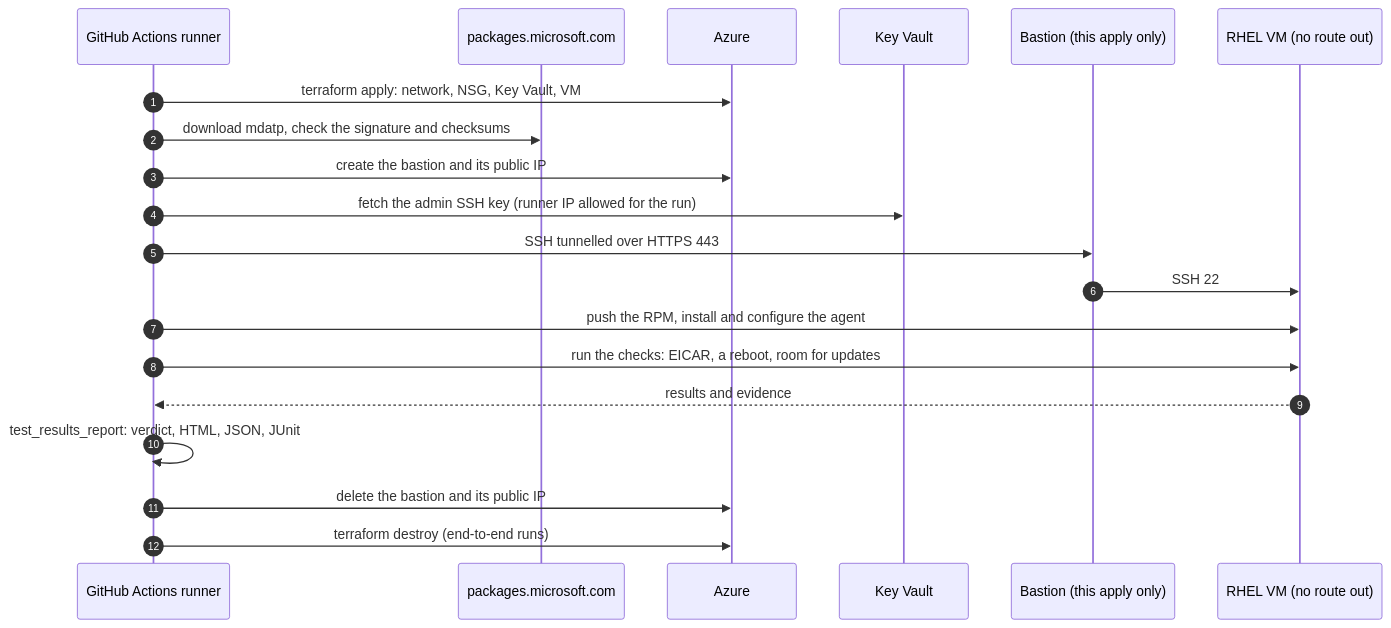
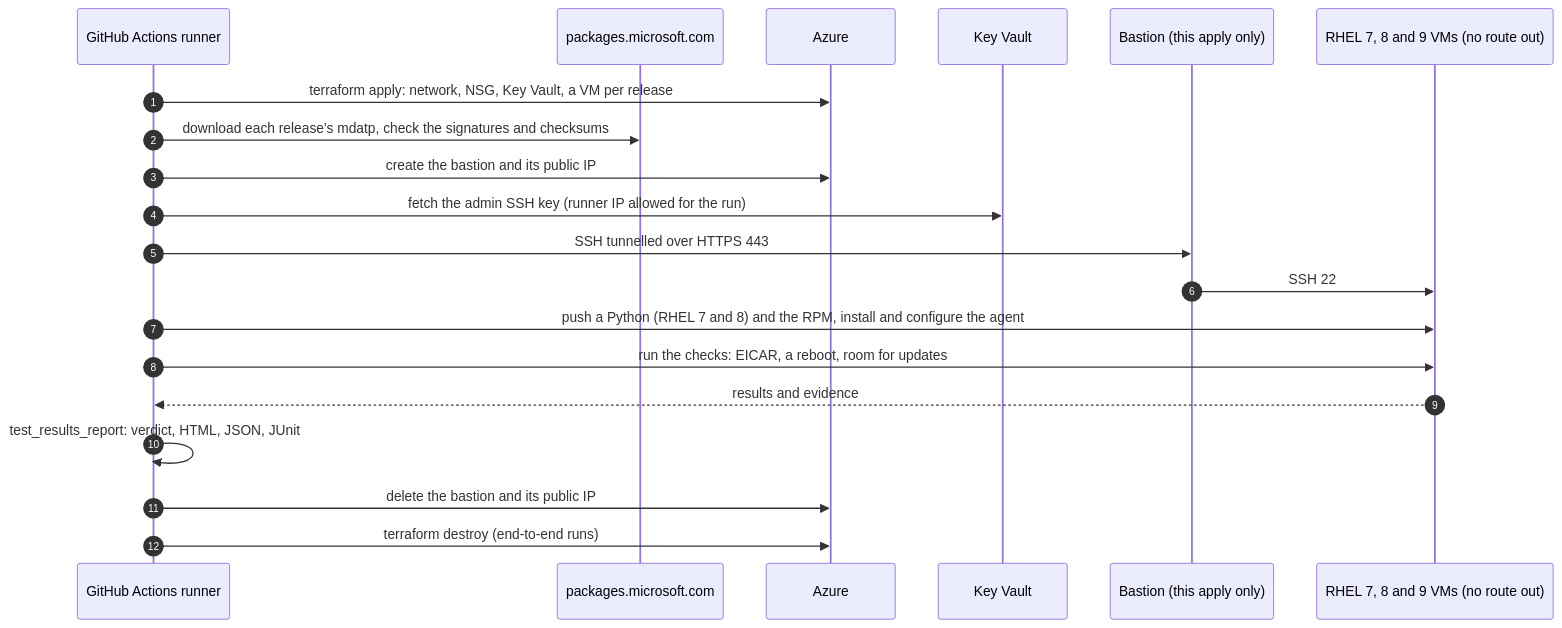
Before and after one commit to libre-devops/azure-orchestration: the second of 2 diagrams in README.md, drawn with Mermaid. The commit also changed other lines of this file and 5 other files, not shown here.

````diff
--- a/README.md
+++ b/README.md
@@ -216,23 +224,23 @@
 ```mermaid
 sequenceDiagram
     autonumber
     participant Runner as GitHub Actions runner
     participant PMC as packages.microsoft.com
     participant Azure as Azure
     participant KV as Key Vault
     participant Bastion as Bastion (this apply only)
-    participant VM as RHEL VM (no route out)
+    participant VM as RHEL 7, 8 and 9 VMs (no route out)
 
-    Runner->>Azure: terraform apply: network, NSG, Key Vault, VM
-    Runner->>PMC: download mdatp, check the signature and checksums
+    Runner->>Azure: terraform apply: network, NSG, Key Vault, a VM per release
+    Runner->>PMC: download each release's mdatp, check the signatures and checksums
     Runner->>Azure: create the bastion and its public IP
     Runner->>KV: fetch the admin SSH key (runner IP allowed for the run)
     Runner->>Bastion: SSH tunnelled over HTTPS 443
     Bastion->>VM: SSH 22
-    Runner->>VM: push the RPM, install and configure the agent
+    Runner->>VM: push a Python (RHEL 7 and 8) and the RPM, install and configure the agent
     Runner->>VM: run the checks: EICAR, a reboot, room for updates
     VM-->>Runner: results and evidence
     Runner->>Runner: test_results_report: verdict, HTML, JSON, JUnit
     Runner->>Azure: delete the bastion and its public IP
     Runner->>Azure: terraform destroy (end-to-end runs)
 ```
````
